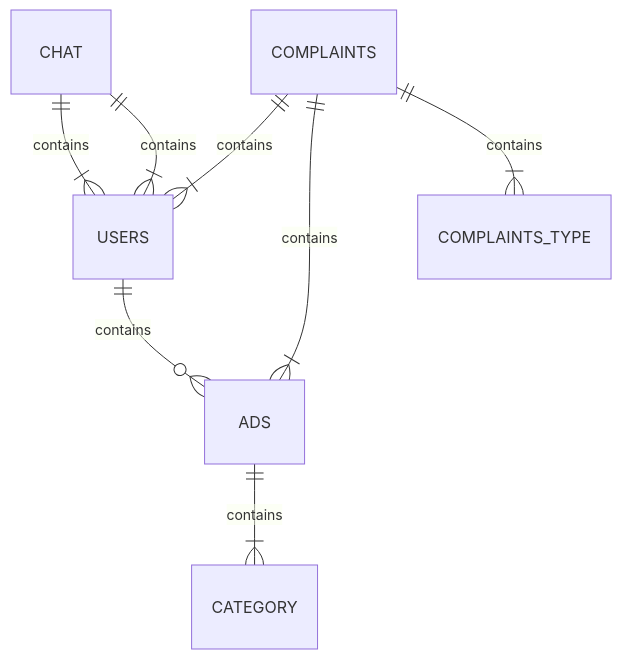
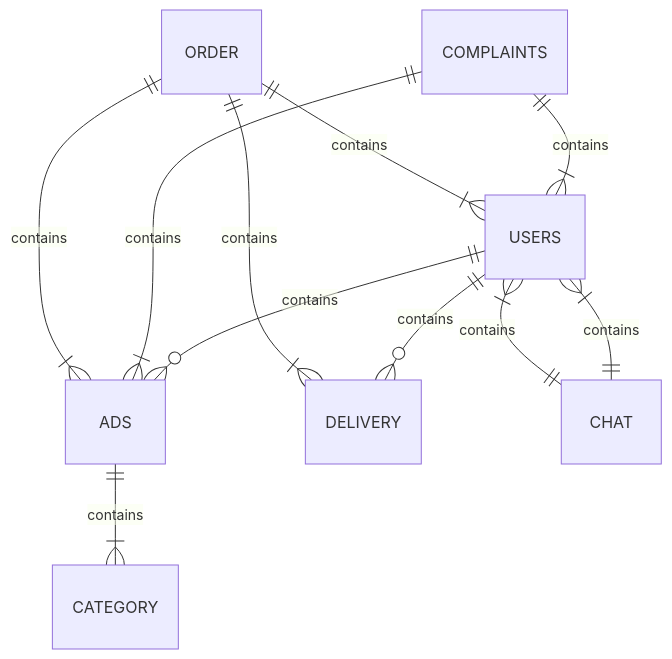
The diagram in README.md (danila0sukhnyak/hps-store), drawn with Mermaid before and after one commit. The commit also changed other lines of this file, not shown here.

````diff
--- a/README.md
+++ b/README.md
@@ -3,11 +3,13 @@
 ```mermaid
     erDiagram
-    CHAT ||--|{ USERS :  contains
-    USERS }|--|| CHAT :  contains
     USERS ||--o{ ADS :  contains
+    USERS ||--o{ DELIVERY :  contains
     ADS ||--|{ CATEGORY : contains
     COMPLAINTS ||--|{ USERS : contains
     COMPLAINTS ||--|{ ADS : contains
-    COMPLAINTS ||--|{ COMPLAINTS_TYPE : contains
-    
+    ORDER ||--|{ DELIVERY : contains
+    ORDER ||--|{ ADS : contains
+    ORDER ||--|{ USERS : contains
+    CHAT ||--|{ USERS :  contains
+    USERS }|--|| CHAT :  contains
 ```
````
